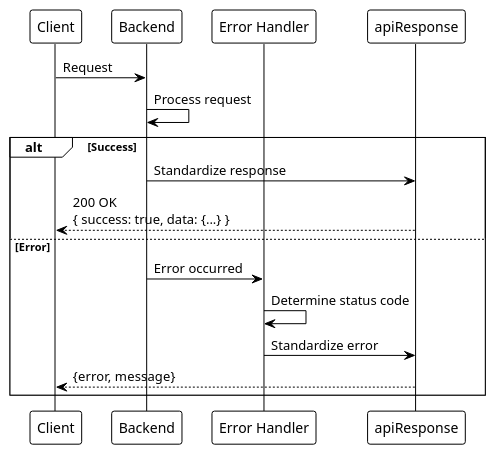
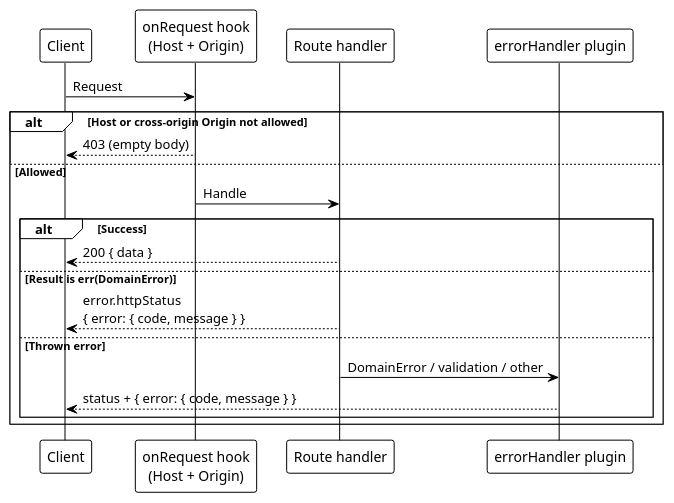
The first of 2 diagrams in docs/reference/error-codes.md (EraPartner/Watchman), drawn with PlantUML before and after one commit. The commit also changed other lines of this file and 32 other files, not shown here.

````diff
--- a/docs/reference/error-codes.md
+++ b/docs/reference/error-codes.md
@@ -92,24 +67,25 @@
 ```plantuml
 @startuml
 !theme plain
 
 participant "Client" as Client
-participant "Backend" as BE
-participant "Error Handler" as Err
-participant "apiResponse" as API
+participant "onRequest hook\n(Host + Origin)" as Gate
+participant "Route handler" as Route
+participant "errorHandler plugin" as Err
 
-Client -> BE : Request
-
-BE -> BE : Process request
-
-alt Success
-    BE -> API : Standardize response
-    API --> Client : 200 OK\n{ success: true, data: {...} }
-else Error
-    BE -> Err : Error occurred
-    Err -> Err : Determine status code
-    Err -> API : Standardize error
-    API --> Client : {error, message}
+Client -> Gate : Request
+alt Host or cross-origin Origin not allowed
+    Gate --> Client : 403 (empty body)
+else Allowed
+    Gate -> Route : Handle
+    alt Success
+        Route --> Client : 200 { data }
+    else Result is err(DomainError)
+        Route --> Client : error.httpStatus\n{ error: { code, message } }
+    else Thrown error
+        Route -> Err : DomainError / validation / other
+        Err --> Client : status + { error: { code, message } }
+    end
 end
 @enduml
 ```
````
